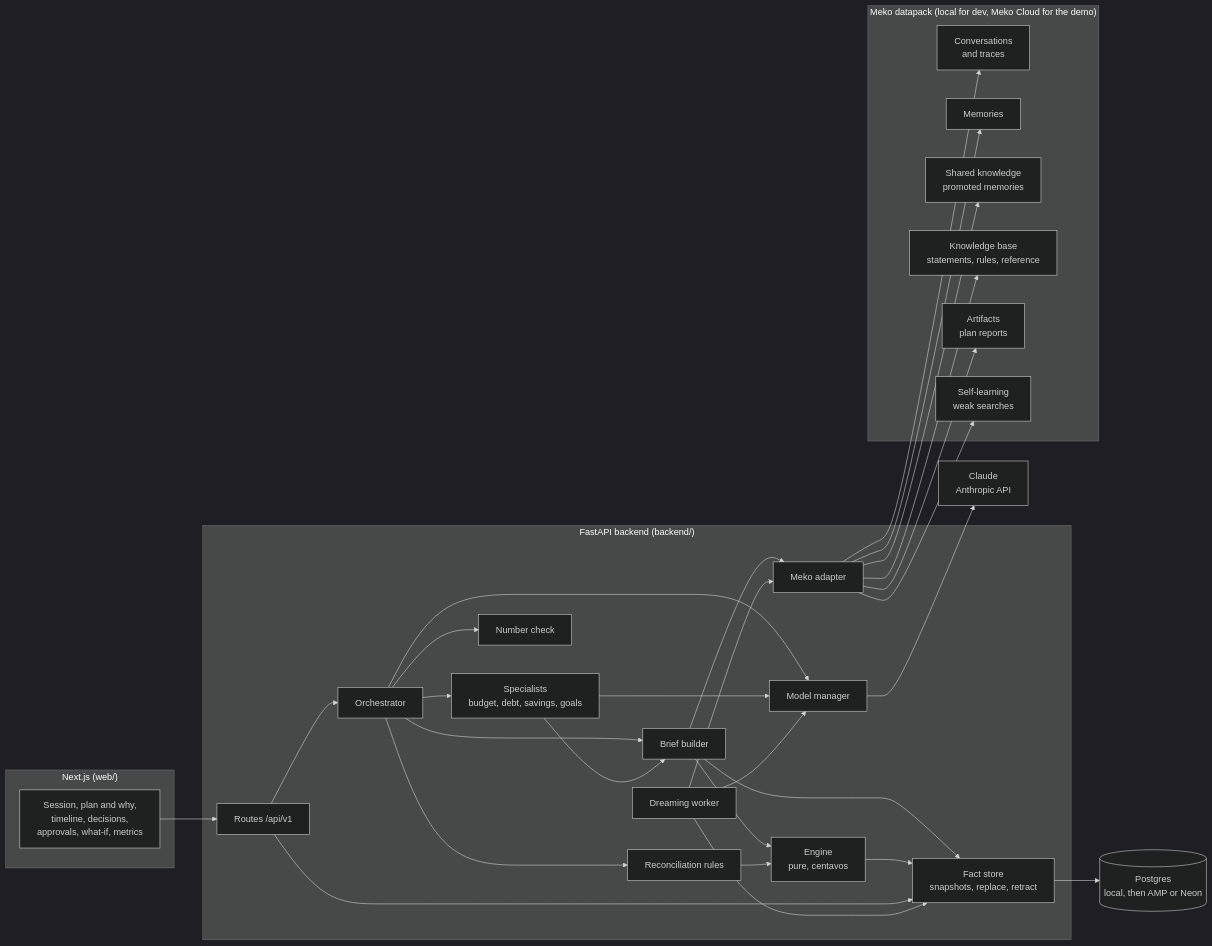
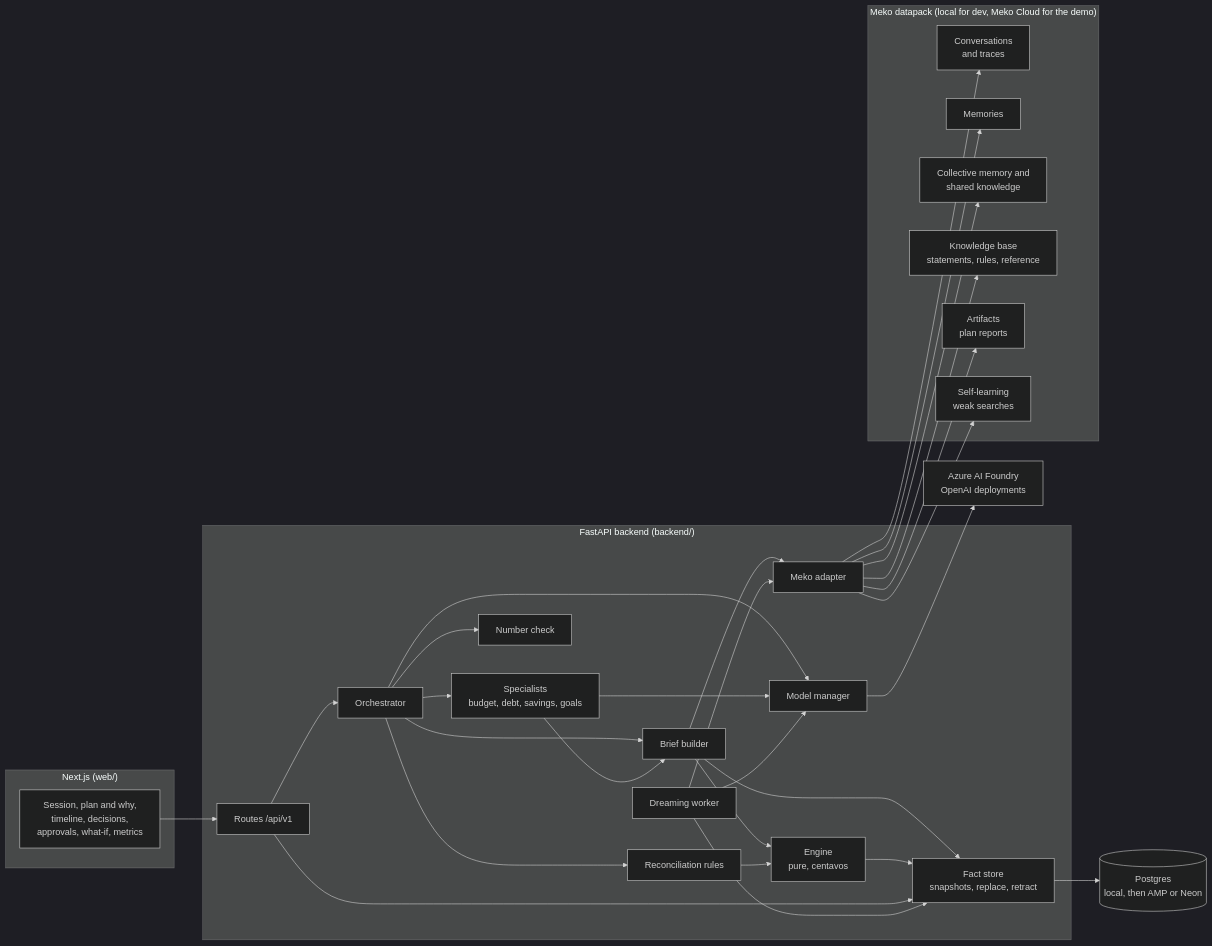
Before and after one commit to pimcabanlit/kako: the diagram in docs/architecture.md, drawn with Mermaid (dark theme). The commit also changed other lines of this file and 7 other files, not shown here.

````diff
--- a/docs/architecture.md
+++ b/docs/architecture.md
@@ -30,59 +31,59 @@
 ```mermaid
 flowchart LR
   subgraph Web["Next.js (web/)"]
     UI[Session, plan and why,<br/>timeline, decisions,<br/>approvals, what-if, metrics]
   end
 
   subgraph API["FastAPI backend (backend/)"]
     R[Routes /api/v1]
     ORC[Orchestrator]
     SP[Specialists<br/>budget, debt, savings, goals]
     BR[Brief builder]
     NC[Number check]
     REC[Reconciliation rules]
     ENG[Engine<br/>pure, centavos]
     FS[Fact store<br/>snapshots, replace, retract]
     DR[Dreaming worker]
     MM[Model manager]
     MA[Meko adapter]
   end
 
   PG[(Postgres<br/>local, then AMP or Neon)]
-  CL[Claude<br/>Anthropic API]
+  AF[Azure AI Foundry<br/>OpenAI deployments]
 
   subgraph Meko["Meko datapack (local for dev, Meko Cloud for the demo)"]
     CONV[Conversations<br/>and traces]
     MEM[Memories]
-    SK[Shared knowledge<br/>promoted memories]
+    SK[Collective memory and<br/>shared knowledge]
     KB[Knowledge base<br/>statements, rules, reference]
     ART[Artifacts<br/>plan reports]
     SL[Self-learning<br/>weak searches]
   end
 
   UI --> R
   R --> ORC
   ORC --> SP
   ORC --> BR
   SP --> BR
   BR --> FS
   BR --> ENG
   BR --> MA
   ORC --> REC
   REC --> ENG
   ORC --> NC
   ENG --> FS
   FS --> PG
   R --> FS
   DR --> FS
   DR --> MA
   ORC --> MM
   SP --> MM
   DR --> MM
-  MM --> CL
+  MM --> AF
   MA --> CONV
   MA --> MEM
   MA --> SK
   MA --> KB
   MA --> ART
   MA --> SL
 ```
````
